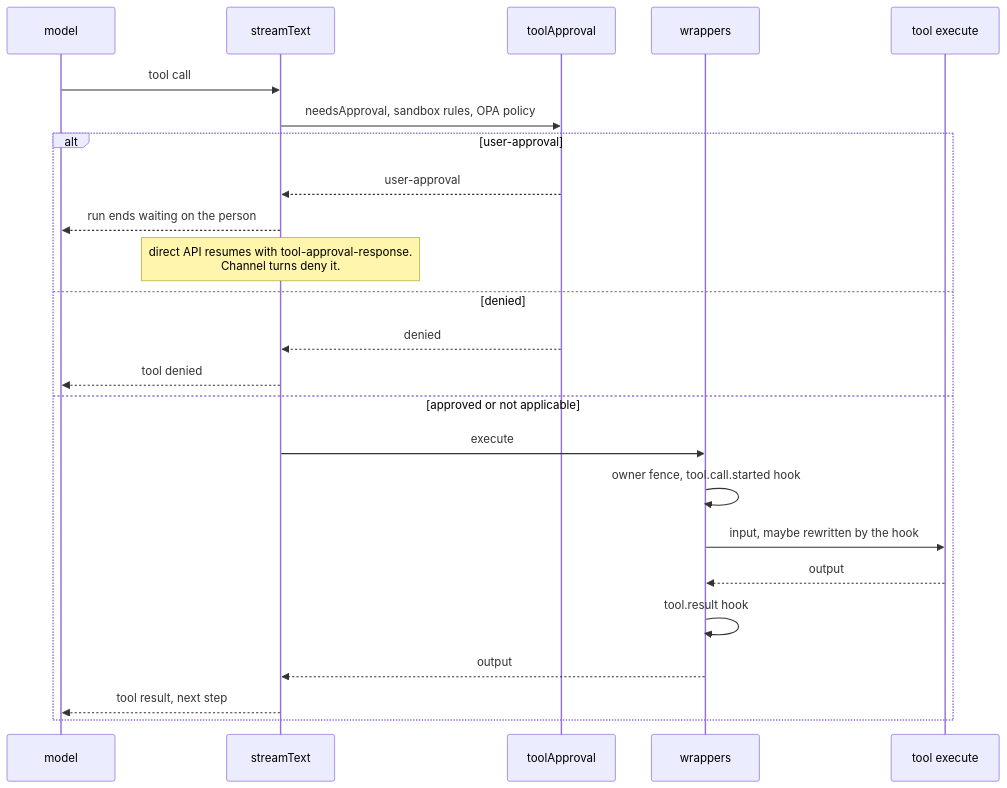
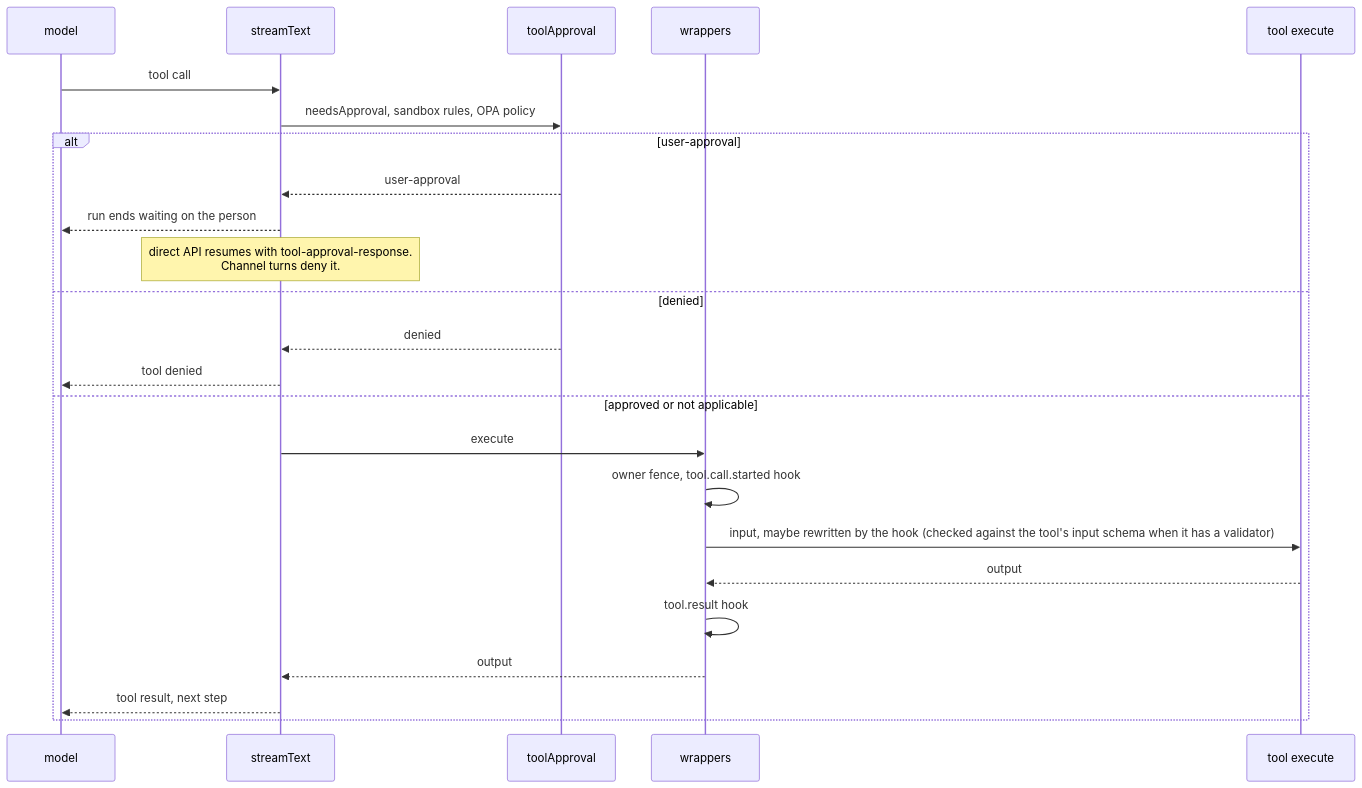
The second of 9 diagrams in apps/docs/docs/internals/tools-and-mcp.md (beeblastco/broods), drawn with Mermaid before and after one commit. The commit also changed 14 other files, not shown here.

First line of the commit message:
fix: expire cached media with its link, check hook-edited tool args, log webhooks again (#1312)

````diff
--- a/apps/docs/docs/internals/tools-and-mcp.md
+++ b/apps/docs/docs/internals/tools-and-mcp.md
@@ -59,27 +59,27 @@
 ```mermaid
 sequenceDiagram
   participant M as model
   participant ST as streamText
   participant AP as toolApproval
   participant W as wrappers
   participant T as tool execute
 
   M->>ST: tool call
   ST->>AP: needsApproval, sandbox rules, OPA policy
   alt user-approval
     AP-->>ST: user-approval
     ST-->>M: run ends waiting on the person
     Note over ST: direct API resumes with tool-approval-response.<br/>Channel turns deny it.
   else denied
     AP-->>ST: denied
     ST-->>M: tool denied
   else approved or not applicable
     ST->>W: execute
     W->>W: owner fence, tool.call.started hook
-    W->>T: input, maybe rewritten by the hook
+    W->>T: input, maybe rewritten by the hook (checked against the tool's input schema when it has a validator)
     T-->>W: output
     W->>W: tool.result hook
     W-->>ST: output
     ST-->>M: tool result, next step
   end
 ```
````
